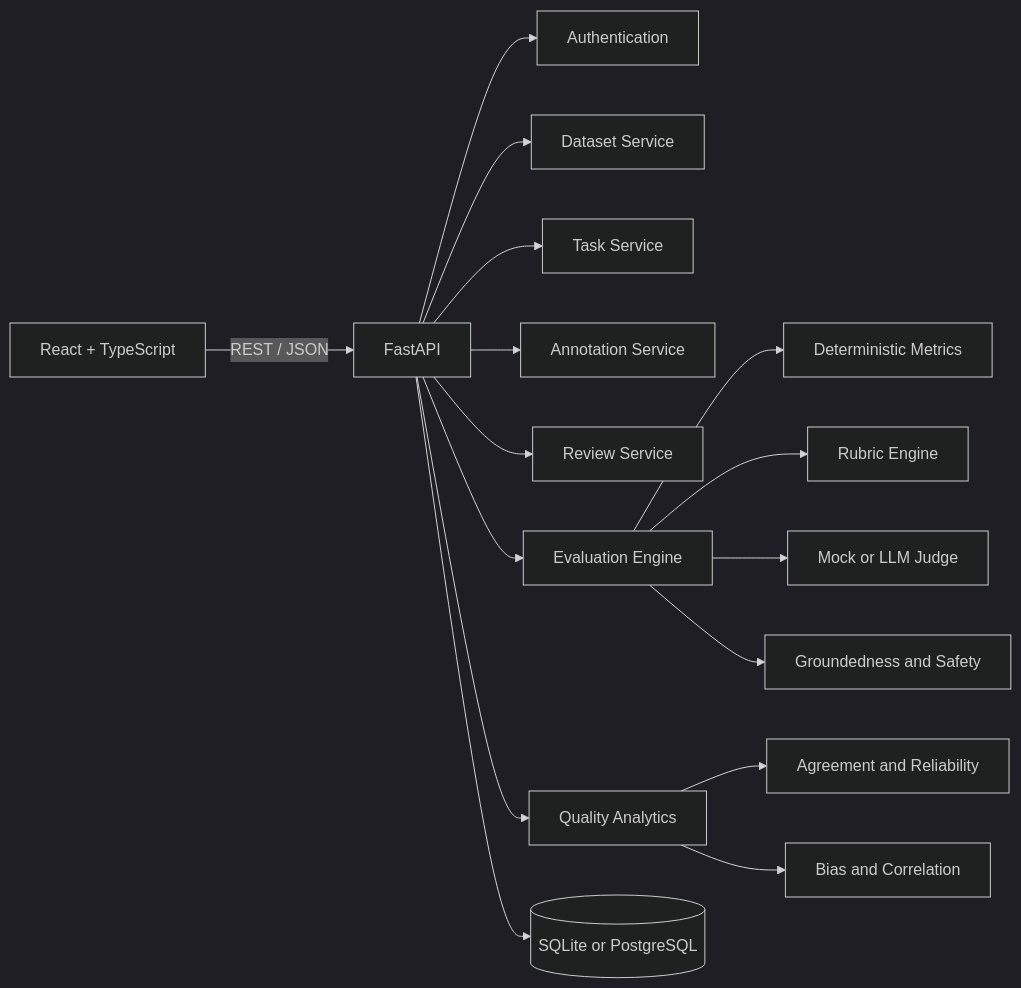
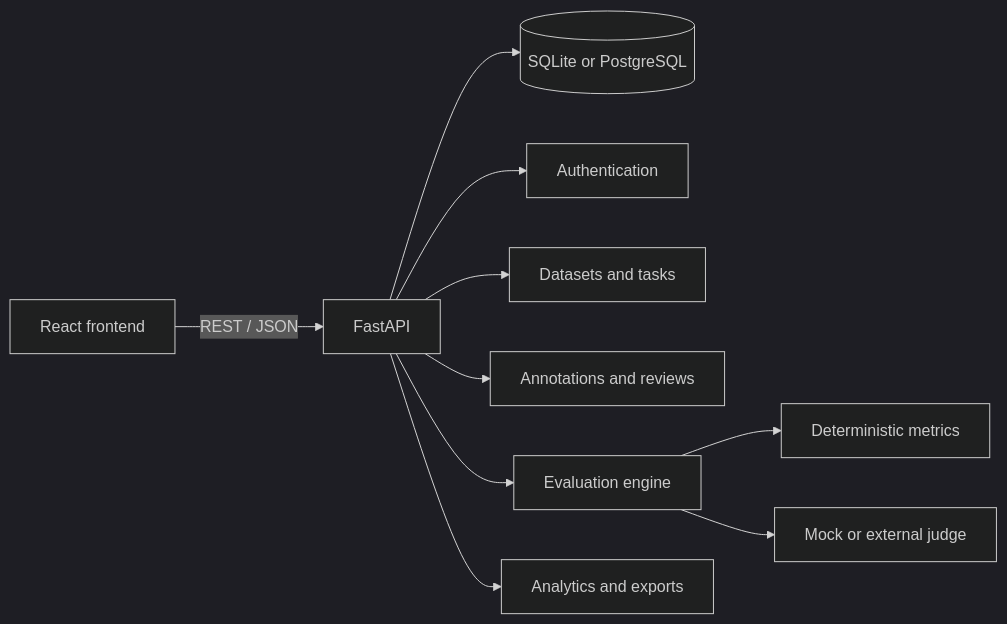
The first of 2 diagrams in README.md (arellapraveen4/EvalForge), drawn with Mermaid (dark theme) before and after one commit. The commit also changed other lines of this file, not shown here.

````diff
--- a/README.md
+++ b/README.md
@@ -163,18 +38,12 @@
 ```mermaid
 flowchart LR
-    A[React + TypeScript] -->|REST / JSON| B[FastAPI]
-    B --> C[Authentication]
-    B --> D[Dataset Service]
-    B --> E[Task Service]
-    B --> F[Annotation Service]
-    B --> G[Review Service]
-    B --> H[Evaluation Engine]
-    B --> I[Quality Analytics]
-    H --> J[Deterministic Metrics]
-    H --> K[Rubric Engine]
-    H --> L[Mock or LLM Judge]
-    H --> M[Groundedness and Safety]
-    I --> N[Agreement and Reliability]
-    I --> O[Bias and Correlation]
-    B --> P[(SQLite or PostgreSQL)]
+    UI[React frontend] -->|REST / JSON| API[FastAPI]
+    API --> DB[(SQLite or PostgreSQL)]
+    API --> AUTH[Authentication]
+    API --> DATA[Datasets and tasks]
+    API --> ANNO[Annotations and reviews]
+    API --> EVAL[Evaluation engine]
+    API --> ANALYTICS[Analytics and exports]
+    EVAL --> METRICS[Deterministic metrics]
+    EVAL --> JUDGE[Mock or external judge]
 ```
````
